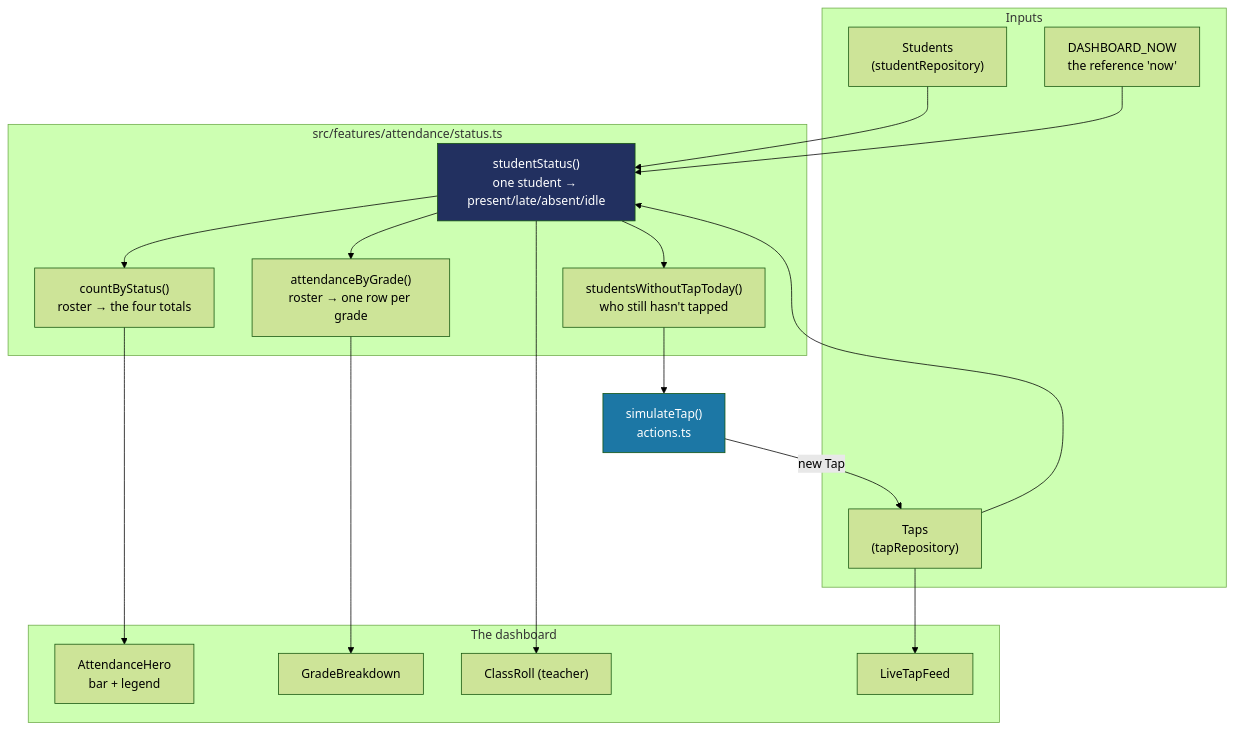
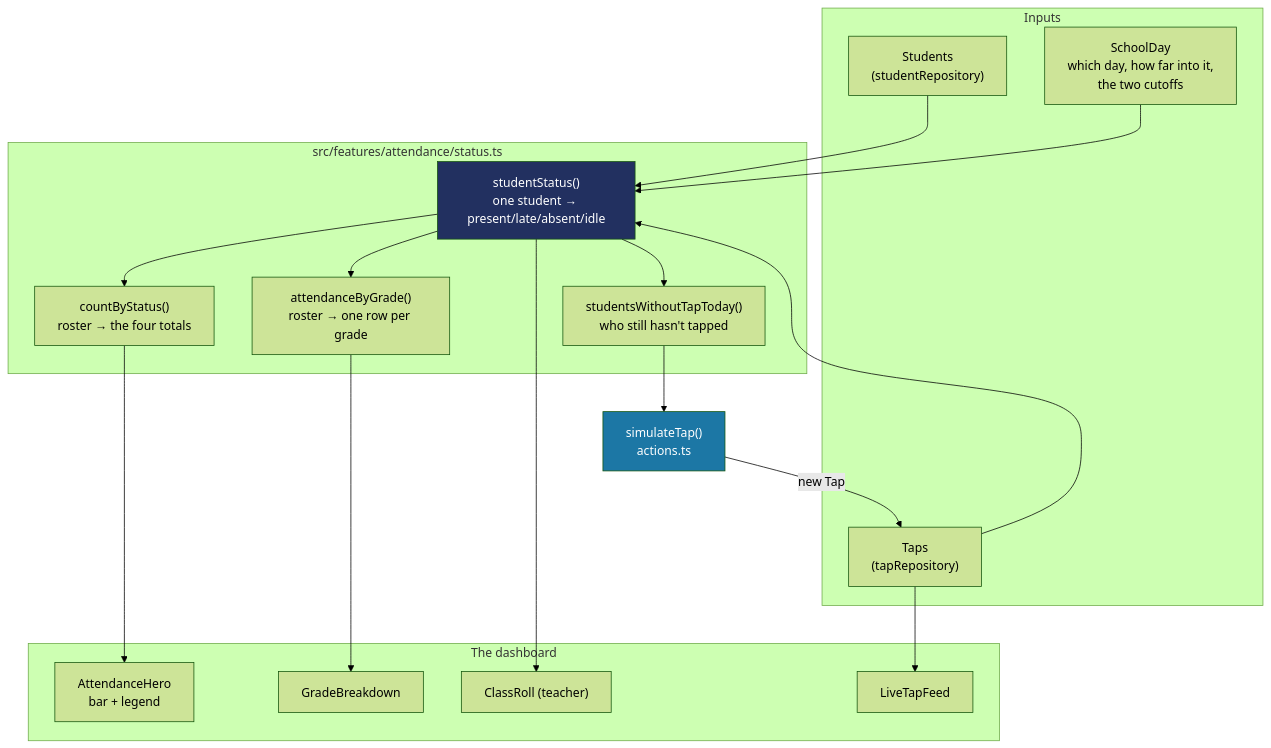
Before and after one commit to psmacabulos/talaan: the first of 2 diagrams in docs/ATTENDANCE-MODEL.md, drawn with Mermaid (forest theme). The commit also changed other lines of this file and 53 other files, not shown here.

````diff
--- a/docs/ATTENDANCE-MODEL.md
+++ b/docs/ATTENDANCE-MODEL.md
@@ -22,42 +22,42 @@
 ```mermaid
 flowchart TB
     subgraph data["Inputs"]
         Roster["Students<br/>(studentRepository)"]
         Taps["Taps<br/>(tapRepository)"]
-        Now["DASHBOARD_NOW<br/>the reference 'now'"]
+        Now["SchoolDay<br/>which day, how far into it,<br/>the two cutoffs"]
     end
 
     subgraph status["src/features/attendance/status.ts"]
         StudentStatus["studentStatus()<br/>one student → present/late/absent/idle"]
         Counts["countByStatus()<br/>roster → the four totals"]
         ByGrade["attendanceByGrade()<br/>roster → one row per grade"]
         Waiting["studentsWithoutTapToday()<br/>who still hasn't tapped"]
     end
 
     subgraph screen["The dashboard"]
         Hero["AttendanceHero<br/>bar + legend"]
         Grades["GradeBreakdown"]
         Roll["ClassRoll (teacher)"]
         Feed["LiveTapFeed"]
     end
 
     Action["simulateTap()<br/>actions.ts"]
 
     Roster --> StudentStatus
     Taps --> StudentStatus
     Now --> StudentStatus
     StudentStatus --> Counts
     StudentStatus --> ByGrade
     StudentStatus --> Waiting
 
     Counts --> Hero
     ByGrade --> Grades
     StudentStatus --> Roll
     Taps --> Feed
 
     Waiting --> Action
     Action -->|new Tap| Taps
 
     style StudentStatus fill:#223060,color:#fff
     style Action fill:#1C77A5,color:#fff
 ```
````
